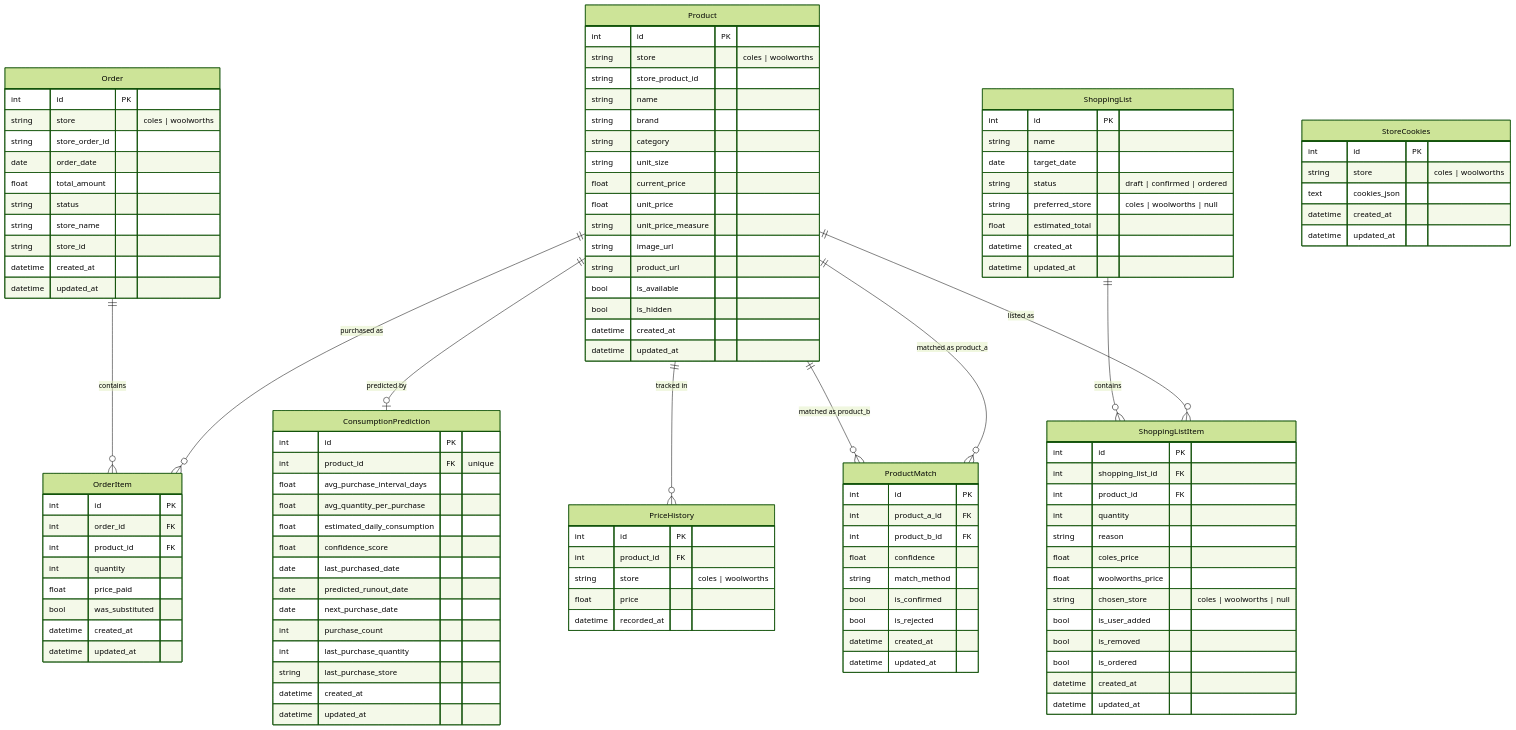
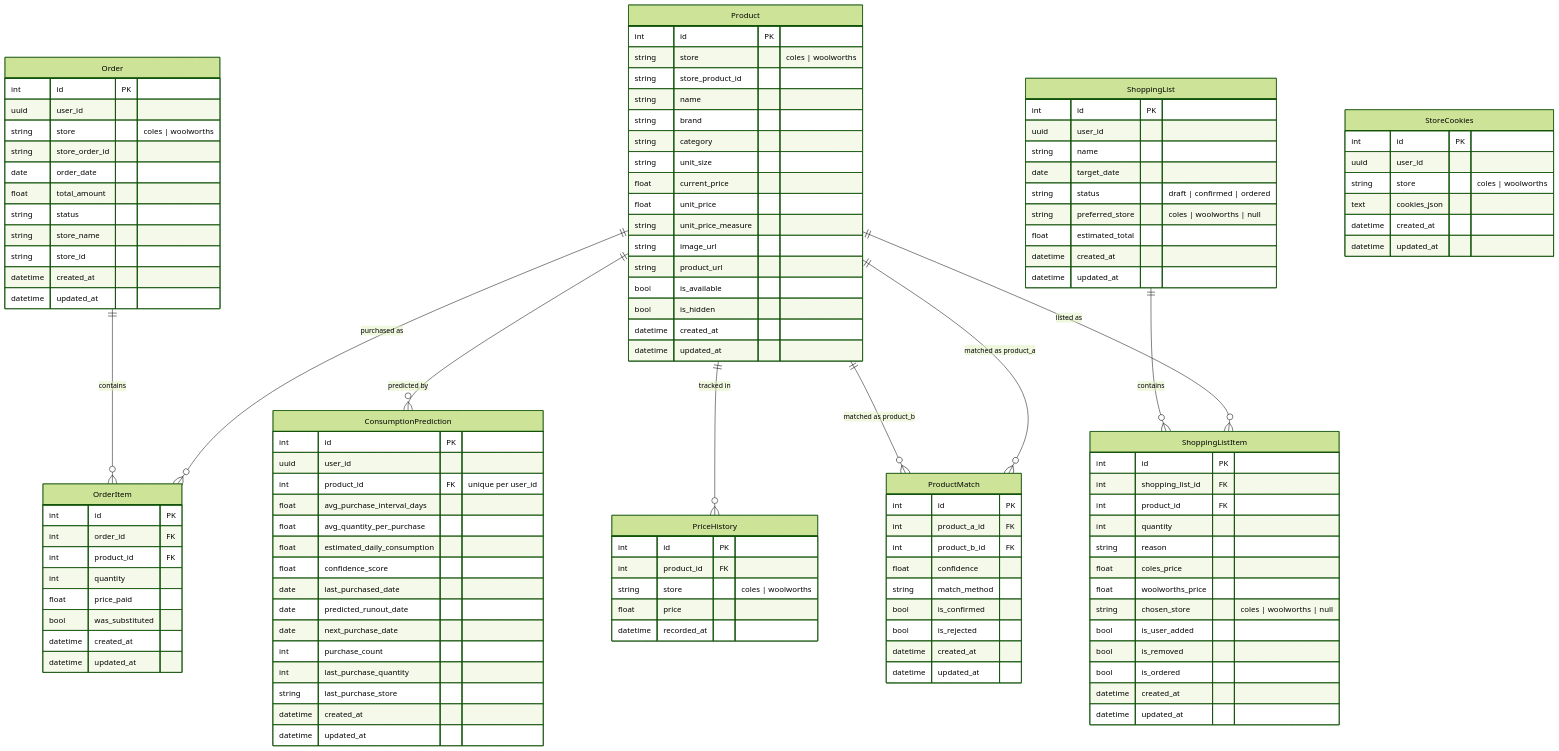
The diagram in DATAMODEL.md (aydh/shopping-agent), drawn with Mermaid (forest theme) before and after one commit. The commit also changed other lines of this file and 3 other files, not shown here.

```diff
--- a/DATAMODEL.md
+++ b/DATAMODEL.md
@@ -49,6 +49,7 @@
 
     Order {
         int id PK
+        uuid user_id
         string store "coles | woolworths"
         string store_order_id
         date order_date
@@ -73,7 +74,8 @@
 
     ConsumptionPrediction {
         int id PK
-        int product_id FK "unique"
+        uuid user_id
+        int product_id FK "unique per user_id"
         float avg_purchase_interval_days
         float avg_quantity_per_purchase
         float estimated_daily_consumption
@@ -90,6 +92,7 @@
 
     ShoppingList {
         int id PK
+        uuid user_id
         string name
         date target_date
         string status "draft | confirmed | ordered"
@@ -117,6 +120,7 @@
 
     StoreCookies {
         int id PK
+        uuid user_id
         string store "coles | woolworths"
         text cookies_json
         datetime created_at
@@ -124,7 +128,7 @@
     }
 
     Product ||--o{ OrderItem : "purchased as"
-    Product ||--o| ConsumptionPrediction : "predicted by"
+    Product ||--o{ ConsumptionPrediction : "predicted by"
     Product ||--o{ PriceHistory : "tracked in"
     Product ||--o{ ShoppingListItem : "listed as"
     Product ||--o{ ProductMatch : "matched as product_a"
```
